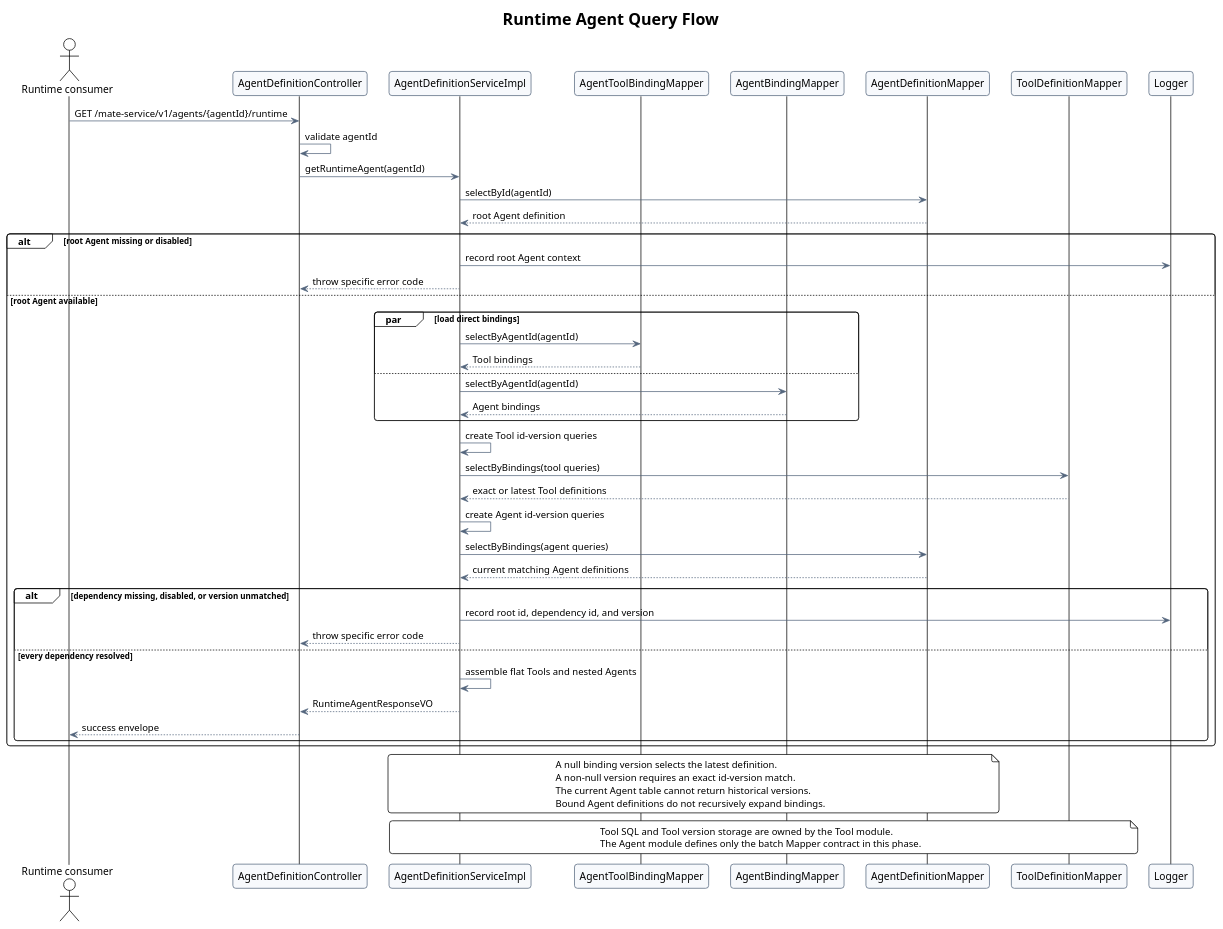
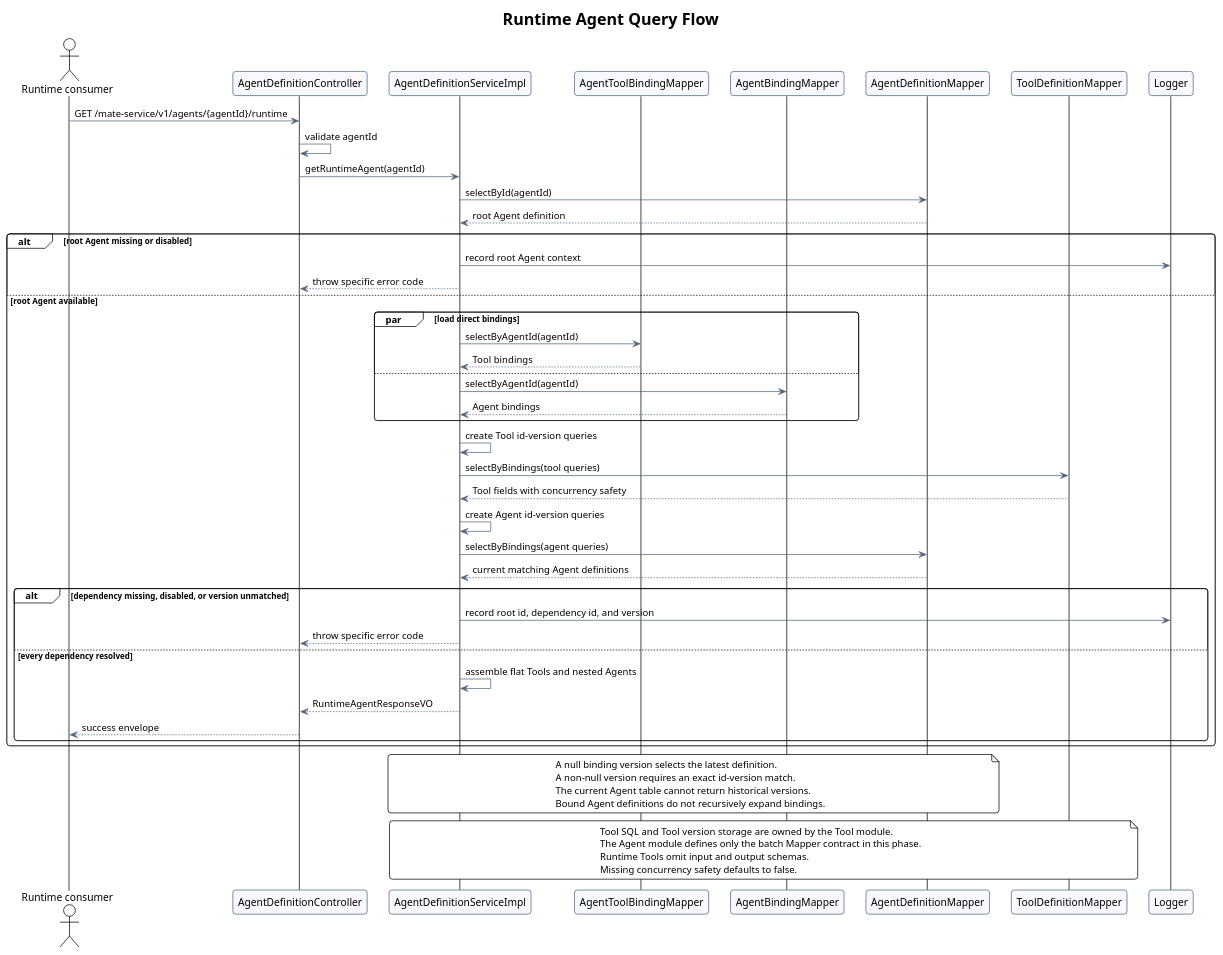
The second of 2 diagrams in agent-metadata-gaussdb-design/diagram.puml (ssm0808/pi-mono-java-design), drawn with PlantUML before and after one commit. The commit also changed other lines of this file and 4 other files, not shown here.

Commit message:
docs(agent): update runtime tool metadata

```diff
--- a/agent-metadata-gaussdb-design/diagram.puml
+++ b/agent-metadata-gaussdb-design/diagram.puml
@@ -169,101 +171,105 @@
 @startuml runtime_agent_query_flow
 !theme plain
 title Runtime Agent Query Flow
 
 skinparam backgroundColor #FFFFFF
 skinparam shadowing false
 skinparam roundcorner 8
 skinparam sequenceArrowThickness 1
 skinparam ArrowColor #53657D
 skinparam ParticipantBorderColor #53657D
 skinparam ParticipantBackgroundColor #F7F9FC
 
 ' Source evidence:
 ' - mate-service baseline path and symbols:
 '   src/main/java/com/huawei/hicampus/mate/agentdefinition/controller/AgentDefinitionController.java
 '   AgentDefinitionController.getAgent.
 '   src/main/java/com/huawei/hicampus/mate/agentdefinition/service/AgentDefinitionService.java
 '   AgentDefinitionService.getAgent.
 '   src/main/java/com/huawei/hicampus/mate/agentdefinition/service/impl/AgentDefinitionServiceImpl.java
 '   AgentDefinitionServiceImpl.getAgent and loadAggregate.
 '   AgentDefinitionServiceImpl.getRuntimeAgent, resolveRuntimeTools,
 '   resolveRuntimeAgents, and indexDefinitions.
 '   src/main/java/com/huawei/hicampus/mate/agentdefinition/mapper/AgentDefinitionMapper.java
 '   AgentDefinitionMapper.selectById.
 '   AgentDefinitionMapper.selectByBindings.
 '   src/main/java/com/huawei/hicampus/mate/agentdefinition/mapper/AgentToolBindingMapper.java
 '   AgentToolBindingMapper.selectByAgentId.
 '   src/main/java/com/huawei/hicampus/mate/agentdefinition/mapper/AgentBindingMapper.java
 '   AgentBindingMapper.selectByAgentId.
 '   src/main/java/com/huawei/hicampus/mate/agentdefinition/mapper/ToolDefinitionMapper.java
 '   ToolDefinitionMapper.selectByBindings.
 '   src/main/java/com/huawei/hicampus/mate/agentdefinition/vo/RuntimeAgentResponseVO.java
 '   RuntimeAgentResponseVO flat Tool and nested Agent response contract.
 '   src/main/java/com/huawei/hicampus/mate/agentdefinition/vo/ToolDefinitionResponseVO.java
 '   ToolDefinitionResponseVO flat bindingTools element.
+' - TOOL metadata JSON line 8 defines is_concurrency_safe; lines 14-23 define
+'   schemas that the Runtime Agent response intentionally omits.
 ' Observed behavior: getAgent returns binding identifiers and optional versions.
-' Observed behavior: getRuntimeAgent flattens Tool definitions and nests bound
-' Agent definitions under their binding metadata.
+' Observed behavior: getRuntimeAgent flattens Tool definitions with concurrency
+' safety and without schemas, then nests bound Agent definitions.
 ' Integration pending: ToolDefinitionMapper SQL is supplied by the Tool owner.
 ' Design reason: batch dependency queries avoid one query per binding.
 ' Security hardening: a missing, disabled, or unmatched dependency fails closed.
 ' Product constraint: no partial Runtime Agent response is returned.
 ' Data-model constraint: t_agent_definition stores only the current Agent version.
 
 actor "Runtime consumer" as Consumer
 participant AgentDefinitionController as Controller
 participant AgentDefinitionServiceImpl as Service
 participant AgentToolBindingMapper as ToolBindingMapper
 participant AgentBindingMapper as AgentBindingMapper
 participant AgentDefinitionMapper as DefinitionMapper
 participant ToolDefinitionMapper as ToolMapper
 participant Logger
 
 Consumer -> Controller: GET /mate-service/v1/agents/{agentId}/runtime
 Controller -> Controller: validate agentId
 Controller -> Service: getRuntimeAgent(agentId)
 Service -> DefinitionMapper: selectById(agentId)
 DefinitionMapper --> Service: root Agent definition
 
 alt root Agent missing or disabled
   Service -> Logger: record root Agent context
   Service --> Controller: throw specific error code
 else root Agent available
   par load direct bindings
     Service -> ToolBindingMapper: selectByAgentId(agentId)
     ToolBindingMapper --> Service: Tool bindings
   else
     Service -> AgentBindingMapper: selectByAgentId(agentId)
     AgentBindingMapper --> Service: Agent bindings
   end
 
   Service -> Service: create Tool id-version queries
   Service -> ToolMapper: selectByBindings(tool queries)
-  ToolMapper --> Service: exact or latest Tool definitions
+  ToolMapper --> Service: Tool fields with concurrency safety
   Service -> Service: create Agent id-version queries
   Service -> DefinitionMapper: selectByBindings(agent queries)
   DefinitionMapper --> Service: current matching Agent definitions
 
   alt dependency missing, disabled, or version unmatched
     Service -> Logger: record root id, dependency id, and version
     Service --> Controller: throw specific error code
   else every dependency resolved
     Service -> Service: assemble flat Tools and nested Agents
     Service --> Controller: RuntimeAgentResponseVO
     Controller --> Consumer: success envelope
   end
 end
 
 note over Service,DefinitionMapper
   A null binding version selects the latest definition.
   A non-null version requires an exact id-version match.
   The current Agent table cannot return historical versions.
   Bound Agent definitions do not recursively expand bindings.
 end note
 
 note over Service,ToolMapper
   Tool SQL and Tool version storage are owned by the Tool module.
   The Agent module defines only the batch Mapper contract in this phase.
+  Runtime Tools omit input and output schemas.
+  Missing concurrency safety defaults to false.
 end note
 
 @enduml
```
